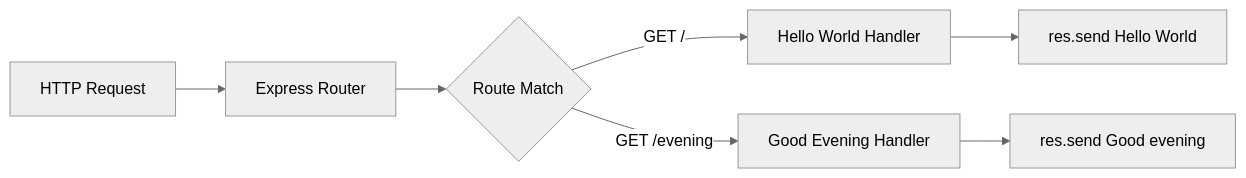
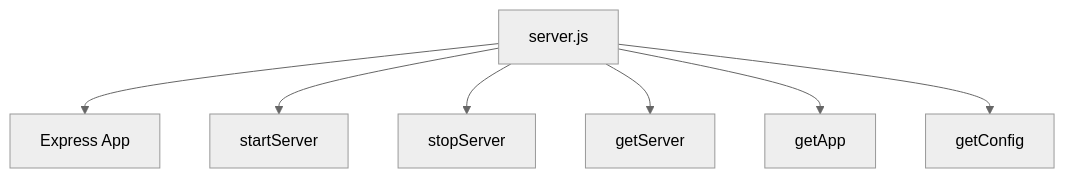
One commit to Sandeep01Kumar/29-dec-existing-projects-qa-test-2 changed the third of 3 diagrams in blitzy/documentation/Technical Specifications.md. Above: the diagram before and after it, drawn with Mermaid (neutral theme). The commit also changed other lines of this file, not shown here.

````diff
--- a/blitzy/documentation/Technical Specifications.md
+++ b/blitzy/documentation/Technical Specifications.md
@@ -238,9 +425,9 @@
 ```mermaid
-graph LR
-    A[HTTP Request] --> B[Express Router]
-    B --> C{Route Match}
-    C -->|GET /| D[Hello World Handler]
-    C -->|GET /evening| E[Good Evening Handler]
-    D --> F[res.send Hello World]
-    E --> G[res.send Good evening]
+graph TD
+    server.js --> app[Express App]
+    server.js --> startServer[startServer]
+    server.js --> stopServer[stopServer]
+    server.js --> getServer[getServer]
+    server.js --> getApp[getApp]
+    server.js --> getConfig[getConfig]
 ```
````
